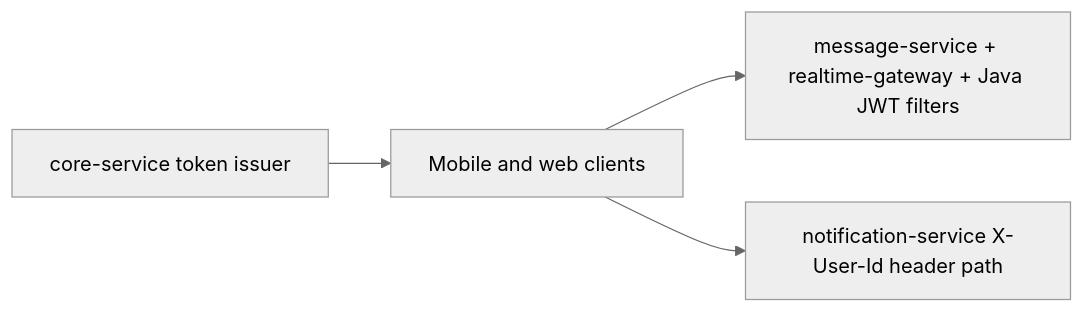
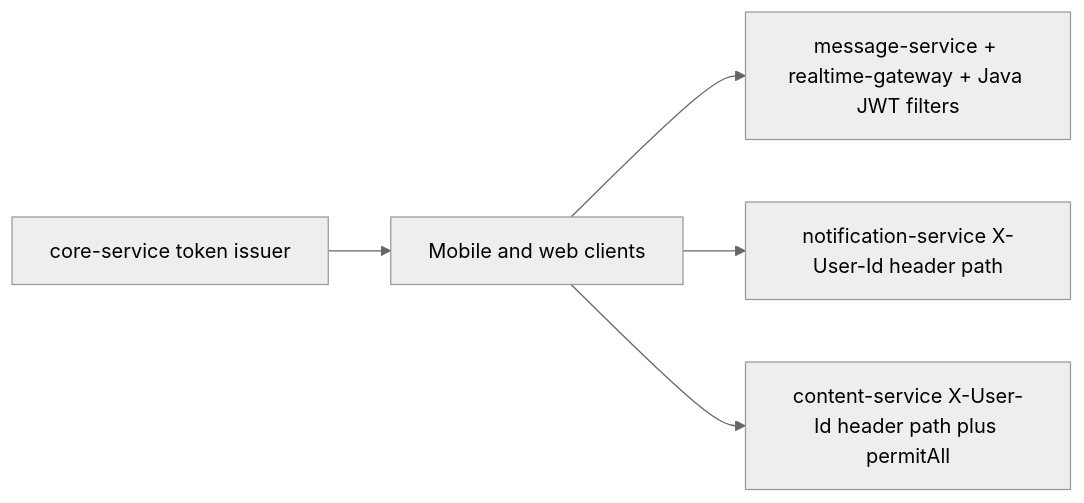
Before and after one commit to CNM-DHKTPM18A-2526/CNM-VNALO: the second of 4 diagrams in docs/sdd/layer-0/ARCHITECTURE_BLUEPRINT.md, drawn with Mermaid (neutral theme). The commit also changed other lines of this file and 6 other files, not shown here.

Commit message:
docs(sdd): update architecture blueprint, decision log, and API reference catalog for security and runtime adjustments

````diff
--- a/docs/sdd/layer-0/ARCHITECTURE_BLUEPRINT.md
+++ b/docs/sdd/layer-0/ARCHITECTURE_BLUEPRINT.md
@@ -77,11 +76,13 @@
 ```mermaid
 flowchart LR
     TokenIssuer[core-service token issuer]
     JWTClients[Mobile and web clients]
     JWTValidators[message-service + realtime-gateway + Java JWT filters]
-    WeakHeader[notification-service X-User-Id header path]
+    WeakHeaderNotif[notification-service X-User-Id header path]
+    WeakHeaderContent[content-service X-User-Id header path plus permitAll]
 
     TokenIssuer --> JWTClients
     JWTClients --> JWTValidators
-    JWTClients --> WeakHeader
+    JWTClients --> WeakHeaderNotif
+    JWTClients --> WeakHeaderContent
 ```
````
